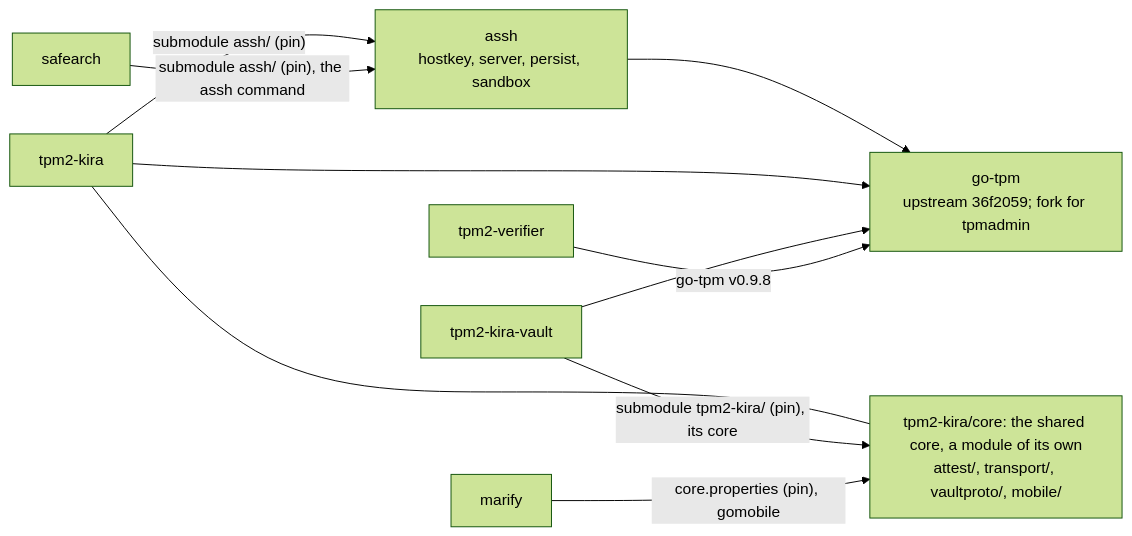
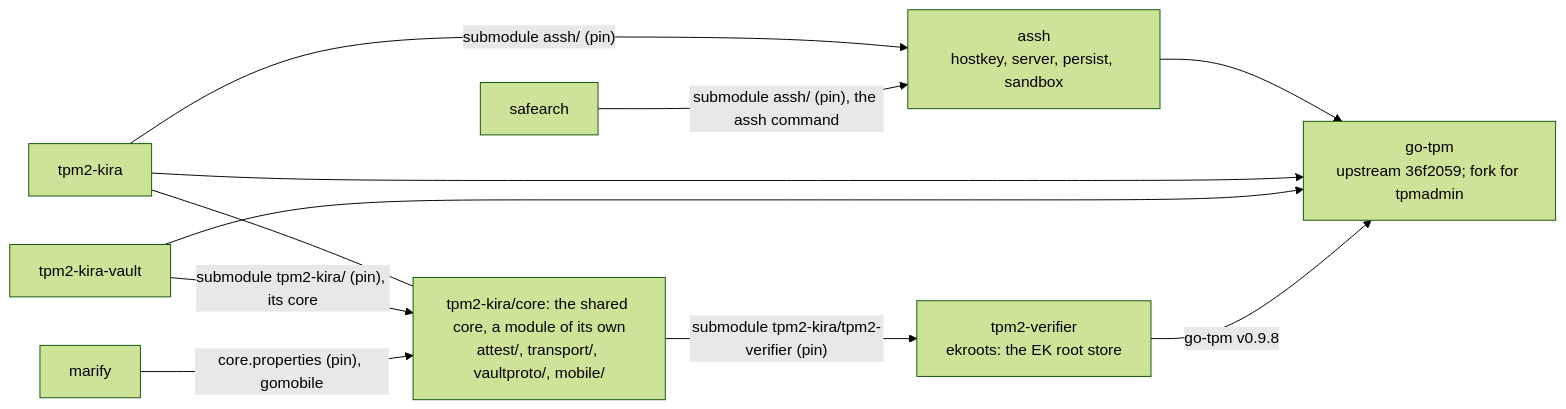
Before and after one commit to tpm2-trust/tpm2-trust: the diagram in AGENTS.md, drawn with Mermaid (forest theme). The commit also changed other lines of this file and 1 other file, not shown here.

Commit message:
AGENTS: tpm2-verifier's ekroots in the map; PLAN: step 3 done, the signing key open

````diff
--- a/AGENTS.md
+++ b/AGENTS.md
@@ -106,18 +106,19 @@
 ```mermaid
 flowchart LR
   ASSH["assh<br/>hostkey, server, persist, sandbox"]
   KIRA["tpm2-kira"]
   CORE["tpm2-kira/core: the shared core, a module of its own<br/>attest/, transport/, vaultproto/, mobile/"]
   VAULT["tpm2-kira-vault"]
   MARIFY["marify"]
   SAFE["safearch"]
-  VER["tpm2-verifier"]
+  VER["tpm2-verifier<br/>ekroots: the EK root store"]
   GOTPM["go-tpm<br/>upstream 36f2059; fork for tpmadmin"]
   KIRA -->|"submodule assh/ (pin)"| ASSH
   SAFE -->|"submodule assh/ (pin), the assh command"| ASSH
   KIRA --- CORE
   VAULT -->|"submodule tpm2-kira/ (pin), its core"| CORE
   MARIFY -->|"core.properties (pin), gomobile"| CORE
+  CORE -->|"submodule tpm2-kira/tpm2-verifier (pin)"| VER
   ASSH & KIRA & VAULT --> GOTPM
   VER -->|"go-tpm v0.9.8"| GOTPM
 ```
````
